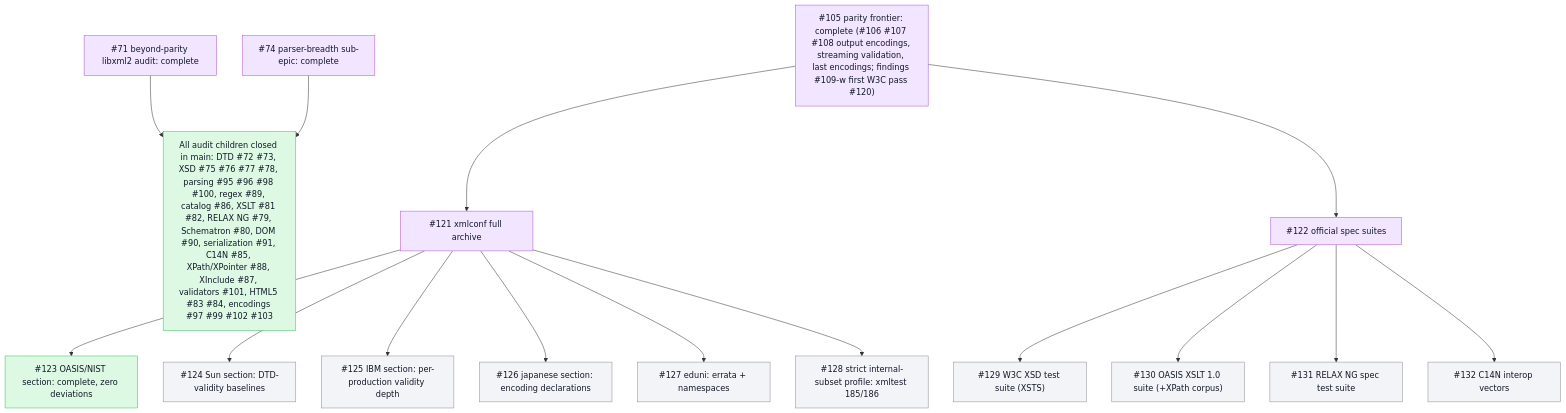
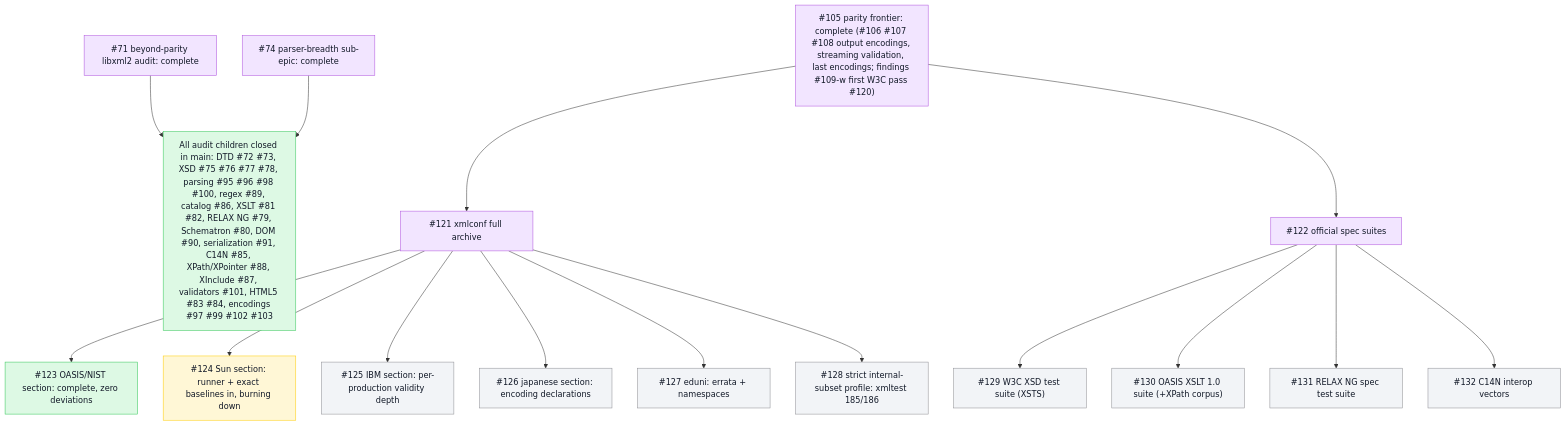
Before and after one commit to mihaelamj/PureXML: the second of 2 diagrams in README.md, drawn with Mermaid. The commit also changed other lines of this file and 2 other files, not shown here.

Commit message:
test(conformance): sun section runner with exact validity-layer baselines
The first runner to exercise the validity layer: not-wf must be
rejected (54/56), valid must parse and DTD-validate clean (19/28),
invalid must parse but report at least one validity error (43/74).
Deviation baselines are exact and annotated with their causes, the
burn-down list for #124: tokenized attribute-value normalization,
external-entity text declarations, declaration-time char-ref expansion
in PE literals, standalone VCs, ID/IDREF corners, REQUIRED enforcement,
per-type attribute VCs, and the root/DOCTYPE name match.

````diff
--- a/README.md
+++ b/README.md
@@ -78,37 +78,37 @@
 ```mermaid
 flowchart TB
   classDef done fill:#ddf9e4,stroke:#34c759,color:#111827
   classDef review fill:#fff7d6,stroke:#ffcc00,color:#111827
   classDef epic fill:#f2e5ff,stroke:#af52de,color:#111827
   classDef todo fill:#f2f4f7,stroke:#8e8e93,color:#111827
   Epic71["#71 beyond-parity libxml2 audit: complete"]:::epic
   Epic74["#74 parser-breadth sub-epic: complete"]:::epic
   Done["All audit children closed in main: DTD #72 #73, XSD #75 #76 #77 #78, parsing #95 #96 #98 #100, regex #89, catalog #86, XSLT #81 #82, RELAX NG #79, Schematron #80, DOM #90, serialization #91, C14N #85, XPath/XPointer #88, XInclude #87, validators #101, HTML5 #83 #84, encodings #97 #99 #102 #103"]:::done
   Epic71 --> Done
   Epic74 --> Done
   Epic105["#105 parity frontier: complete (#106 #107 #108 output encodings, streaming validation, last encodings; findings #109-#119; first W3C pass #120)"]:::epic
   Epic121["#121 xmlconf full archive"]:::epic
   Oasis["#123 OASIS/NIST section: complete, zero deviations"]:::done
-  Sun["#124 Sun section: DTD-validity baselines"]:::todo
+  Sun["#124 Sun section: runner + exact baselines in, burning down"]:::review
   IBM["#125 IBM section: per-production validity depth"]:::todo
   Japanese["#126 japanese section: encoding declarations"]:::todo
   Eduni["#127 eduni: errata + namespaces"]:::todo
   StrictSubset["#128 strict internal-subset profile: xmltest 185/186"]:::todo
   Epic122["#122 official spec suites"]:::epic
   XSTS["#129 W3C XSD test suite (XSTS)"]:::todo
   XSLTTS["#130 OASIS XSLT 1.0 suite (+XPath corpus)"]:::todo
   RNGTS["#131 RELAX NG spec test suite"]:::todo
   C14NTS["#132 C14N interop vectors"]:::todo
   Epic105 --> Epic121
   Epic105 --> Epic122
   Epic121 --> Oasis
   Epic121 --> Sun
   Epic121 --> IBM
   Epic121 --> Japanese
   Epic121 --> Eduni
   Epic121 --> StrictSubset
   Epic122 --> XSTS
   Epic122 --> XSLTTS
   Epic122 --> RNGTS
   Epic122 --> C14NTS
 ```
````
